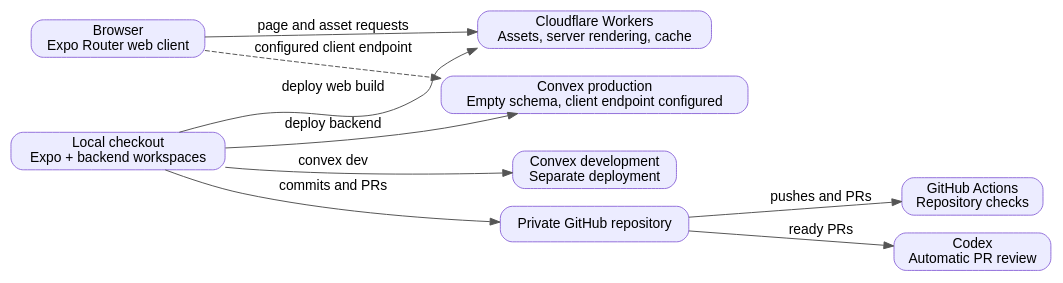
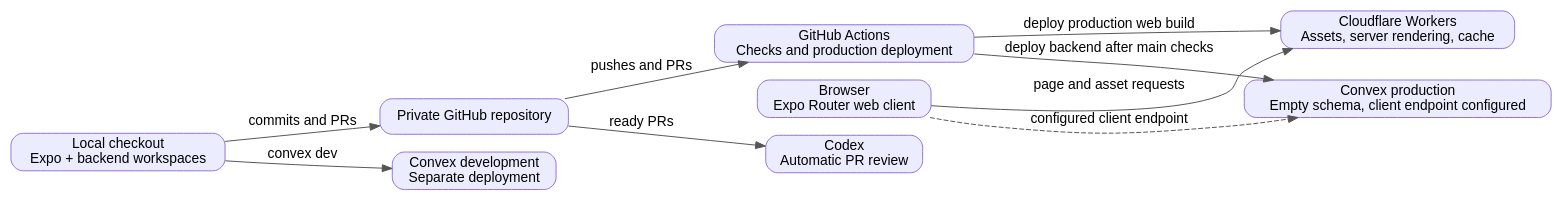
One commit to pbanuru/clearpath_compliance_marketing changed the diagram in docs/architecture.dot. Above: the diagram before and after it, drawn with Graphviz. The commit also changed 5 other files, not shown here.

Commit message:
Deploy checked main commits to Convex and Cloudflare

```diff
--- a/docs/architecture.dot
+++ b/docs/architecture.dot
@@ -1,21 +1,21 @@
 digraph clearpath {
   rankdir=LR; compound=true; bgcolor="white"; fontname="Helvetica";
   node [shape=box, style="rounded,filled", fillcolor="#ECECFF", color="#9370DB", fontname="Helvetica"];
   edge [fontname="Helvetica", color="#555555"];
   browser [label="Browser\nExpo Router web client"];
   cloudflare [label="Cloudflare Workers\nAssets, server rendering, cache"];
   convex [label="Convex production\nEmpty schema, client endpoint configured"];
   dev [label="Convex development\nSeparate deployment"];
   local [label="Local checkout\nExpo + backend workspaces"];
   github [label="Private GitHub repository"];
-  ci [label="GitHub Actions\nRepository checks"];
+  ci [label="GitHub Actions\nChecks and production deployment"];
   codex [label="Codex\nAutomatic PR review"];
   browser -> cloudflare [label="page and asset requests"];
   browser -> convex [style=dashed, label="configured client endpoint"];
   local -> dev [label="convex dev"];
-  local -> convex [label="deploy backend"];
-  local -> cloudflare [label="deploy web build"];
+  ci -> convex [label="deploy backend after main checks"];
+  ci -> cloudflare [label="deploy production web build"];
   local -> github [label="commits and PRs"];
   github -> ci [label="pushes and PRs"];
   github -> codex [label="ready PRs"];
 }
```
